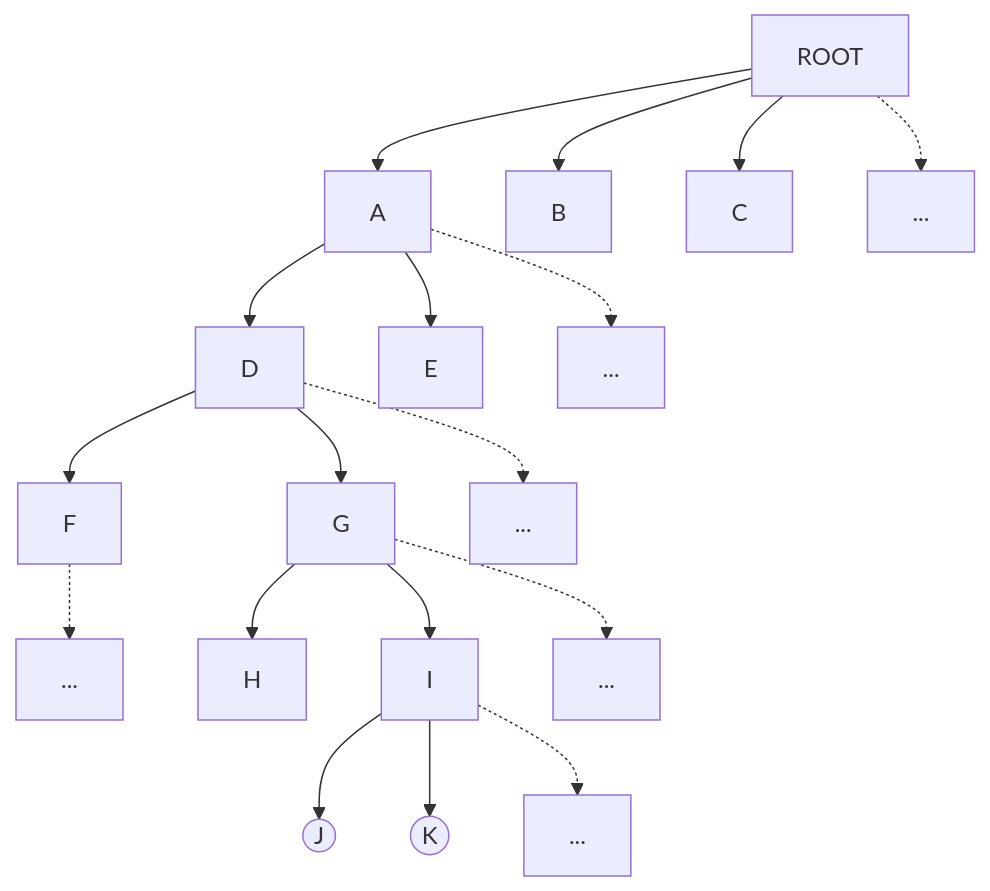
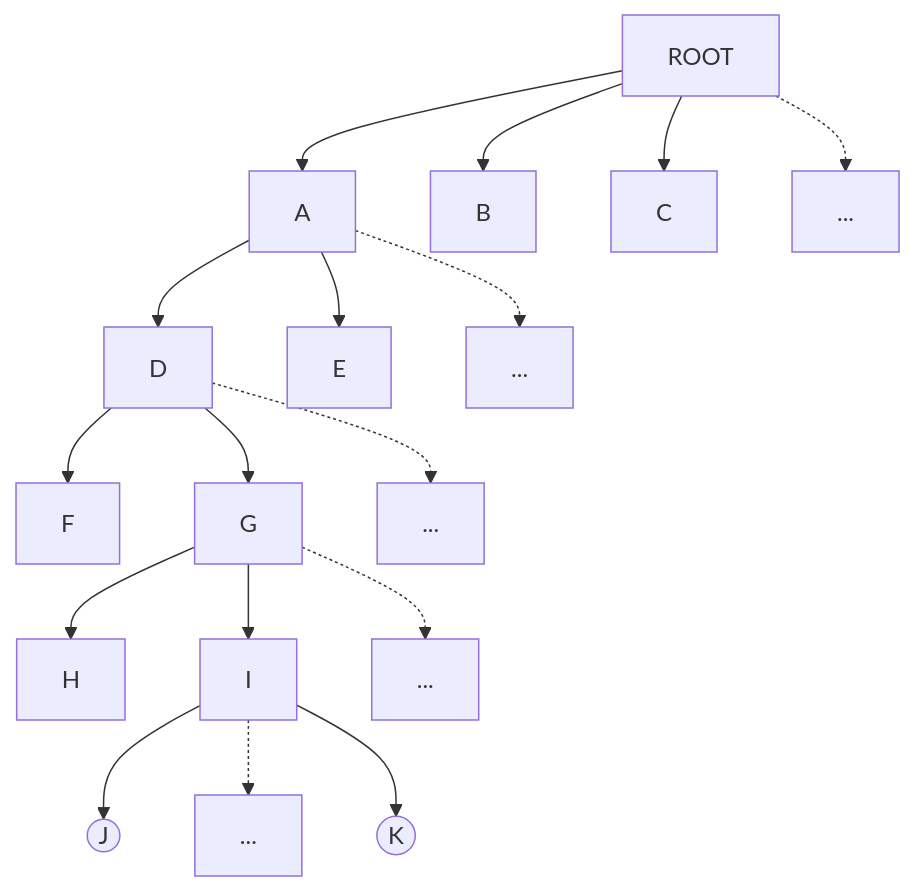
Before and after one commit to EmptyBlueBox/Operating_Systems-2025Spring-PKU: the diagram in Resource/课堂小测-期中后.md, drawn with Mermaid. The commit also changed other lines of this file and 22 other files, not shown here.

````diff
--- a/Resource/课堂小测-期中后.md
+++ b/Resource/课堂小测-期中后.md
@@ -18,35 +17,32 @@
 ```mermaid
 graph TD
     ROOT["ROOT"]
     A["A"]
     B["B"]
     C["C"]
     D["D"]
     E["E"]
     F["F"]
     G["G"]
     H["H"]
     I["I"]
     J(("J"))
     K(("K"))
     
     ROOT --> A
     ROOT --> B
+    ROOT -.-> MORE1["..."]
     ROOT --> C
     A --> D
+    A -.-> MORE2["..."]
     A --> E
     D --> F
+    D -.-> MORE3["..."]
     D --> G
     G --> H
+    G -.-> MORE5["..."]
     G --> I
     I --> J
+    I -.-> MORE6["..."]
     I --> K
-    
-    %% Add dots to represent more files
-    ROOT -.-> MORE1["..."]
-    A -.-> MORE2["..."]
-    D -.-> MORE3["..."]
-    F -.-> MORE4["..."]
-    G -.-> MORE5["..."]
-    I -.-> MORE6["..."]
 ```
````
